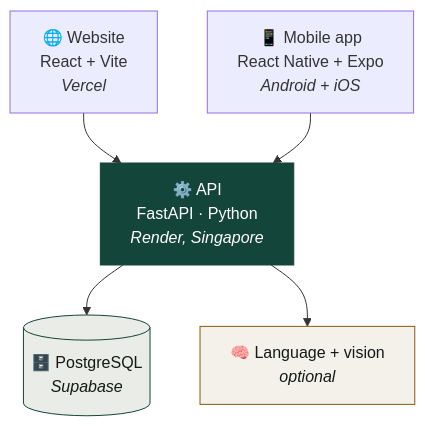
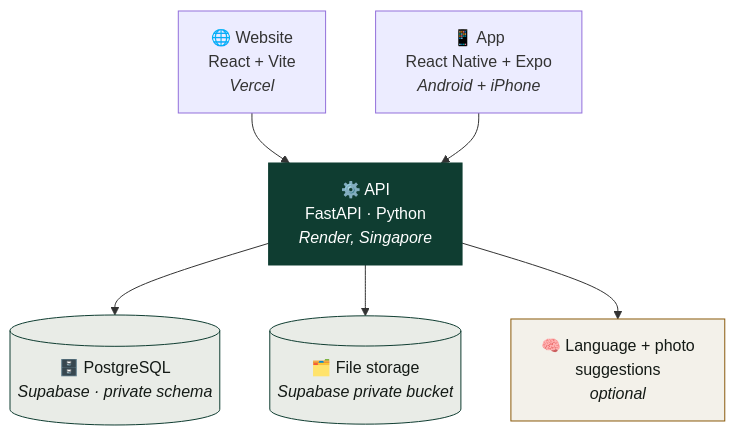
One commit to Dhruvil1308/MaterialSetu-for-HackOut-26 changed the fifth of 5 diagrams in README.md. Above: the diagram before and after it, drawn with Mermaid. The commit also changed other lines of this file and 19 other files, not shown here.

````diff
--- a/README.md
+++ b/README.md
@@ -238,11 +318,13 @@
 ```mermaid
 flowchart TD
     W["🌐 Website<br/>React + Vite<br/><i>Vercel</i>"] --> API
-    M["📱 Mobile app<br/>React Native + Expo<br/><i>Android + iOS</i>"] --> API
-    API["⚙️ API<br/>FastAPI · Python<br/><i>Render, Singapore</i>"] --> DB[("🗄️ PostgreSQL<br/><i>Supabase</i>")]
-    API --> AI["🧠 Language + vision<br/><i>optional</i>"]
+    M["📱 App<br/>React Native + Expo<br/><i>Android + iPhone</i>"] --> API
+    API["⚙️ API<br/>FastAPI · Python<br/><i>Render, Singapore</i>"] --> DB[("🗄️ PostgreSQL<br/><i>Supabase · private schema</i>")]
+    API --> ST[("🗂️ File storage<br/><i>Supabase private bucket</i>")]
+    API --> AI["🧠 Language + photo<br/>suggestions<br/><i>optional</i>"]
 
-    style API fill:#14453a,color:#fff,stroke:#14453a
-    style DB fill:#e9ece7,stroke:#14453a,color:#141a16
+    style API fill:#0f3d31,color:#fff,stroke:#0f3d31
+    style DB fill:#e9ece7,stroke:#0f3d31,color:#141a16
+    style ST fill:#e9ece7,stroke:#0f3d31,color:#141a16
     style AI fill:#f3f1ea,stroke:#8a5a0b,color:#141a16
 ```
````
